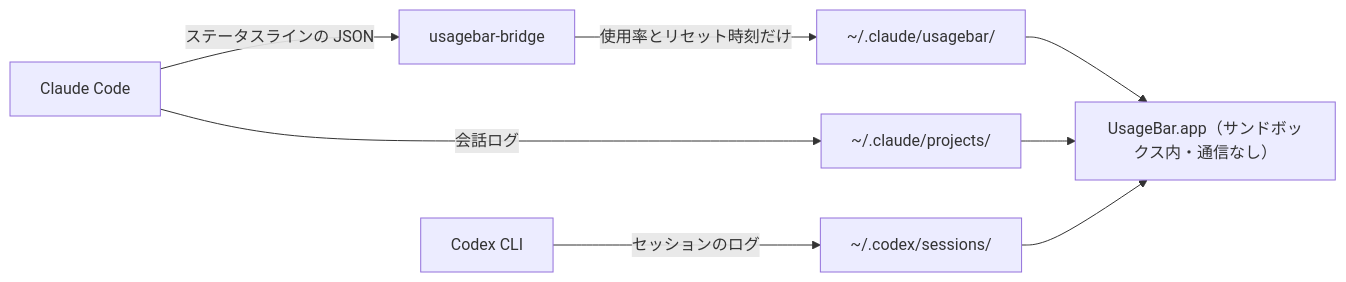
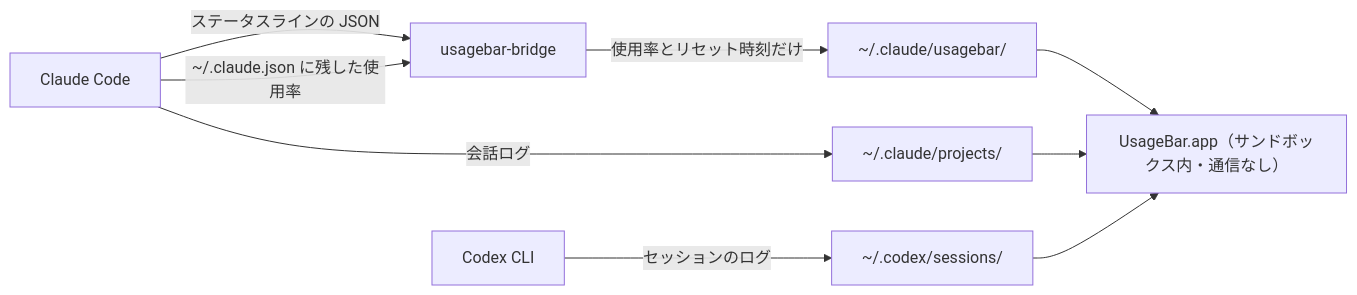
Before and after one commit to samuraikun/usage-bar: the diagram in README.ja.md, drawn with Mermaid. The commit also changed other lines of this file and 15 other files, not shown here.

````diff
--- a/README.ja.md
+++ b/README.ja.md
@@ -64,10 +64,11 @@
 ```mermaid
 flowchart LR
   CC[Claude Code] -->|ステータスラインの JSON| BR[usagebar-bridge]
+  CC -->|~/.claude.json に残した使用率| BR
   BR -->|使用率とリセット時刻だけ| SNAP["~/.claude/usagebar/"]
   CC -->|会話ログ| CL["~/.claude/projects/"]
   CX[Codex CLI] -->|セッションのログ| XL["~/.codex/sessions/"]
   SNAP --> APP["UsageBar.app（サンドボックス内・通信なし）"]
   CL --> APP
   XL --> APP
 ```
````
